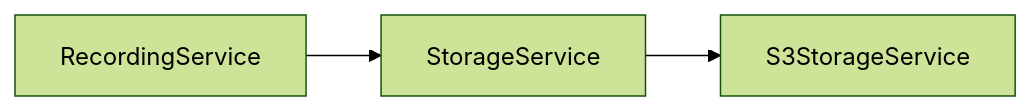
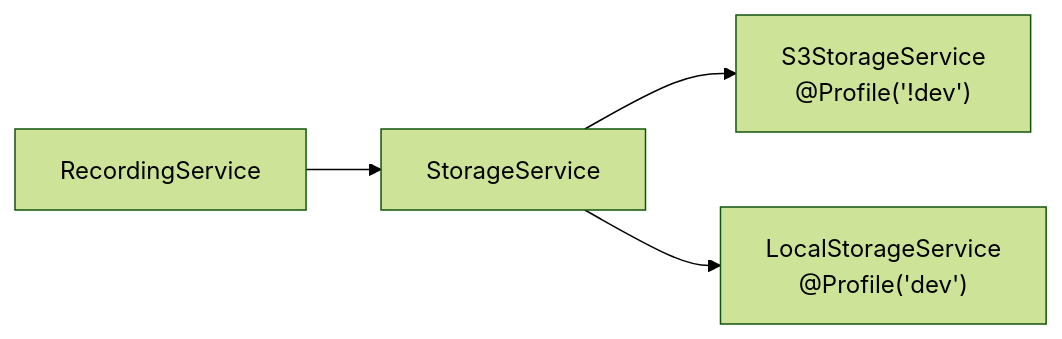
The eighth of 9 diagrams in .qoder/repowiki/en/content/Storage Management/Storage Service Abstraction.md (Vostrikov2014/vks-qoder), drawn with Mermaid (forest theme) before and after one commit. The commit also changed other lines of this file and 11 other files, not shown here.

````diff
--- a/.qoder/repowiki/en/content/Storage Management/Storage Service Abstraction.md
+++ b/.qoder/repowiki/en/content/Storage Management/Storage Service Abstraction.md
@@ -219,5 +280,6 @@
 ```mermaid
 graph LR
 RS["RecordingService"] --> SS["StorageService"]
-SS --> S3["S3StorageService"]
+SS --> S3["S3StorageService<br/>@Profile('!dev')"]
+SS --> LOCAL["LocalStorageService<br/>@Profile('dev')"]
 ```
````
